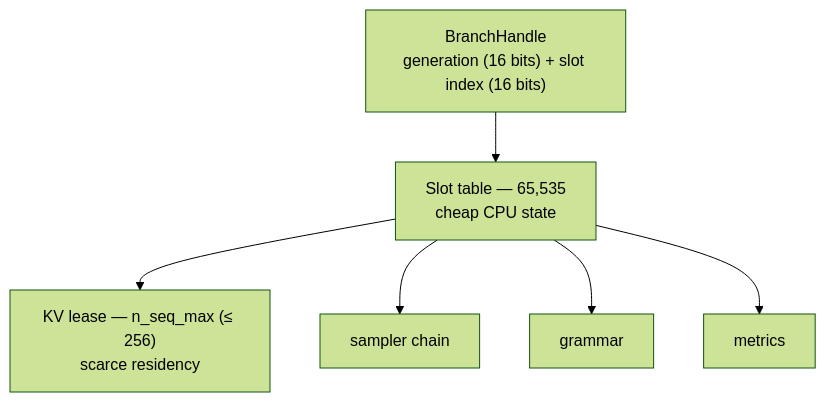
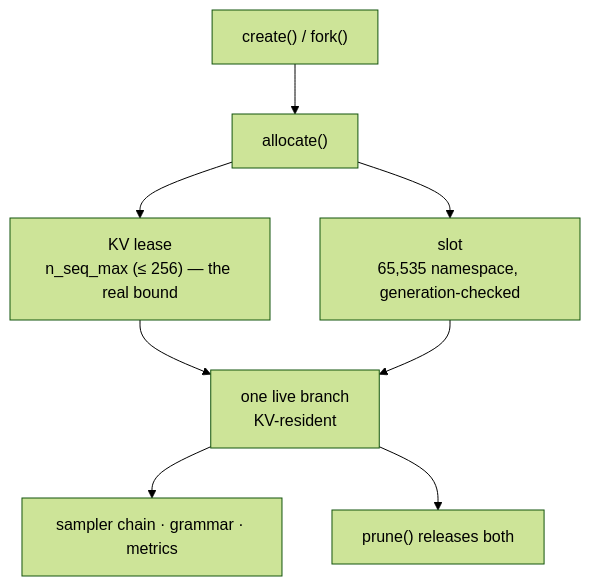
Before and after one commit to lloyal-ai/liblloyal: the second of 5 diagrams in README.md, drawn with Mermaid (forest theme). The commit also changed other lines of this file, not shown here.

First line of the commit message:
docs(readme): correct the slot/lease model, adapter relationship and two API instructions

````diff
--- a/README.md
+++ b/README.md
@@ -79,8 +66,9 @@
 ```mermaid
 flowchart TD
-    H["BranchHandle<br/>generation (16 bits) + slot index (16 bits)"] --> S["Slot table — 65,535<br/>cheap CPU state"]
-    S --> L["KV lease — n_seq_max (≤ 256)<br/>scarce residency"]
-    S --> R1["sampler chain"]
-    S --> R2["grammar"]
-    S --> R3["metrics"]
+    A["create() / fork()"] --> AL["allocate()"]
+    AL --> L["KV lease<br/>n_seq_max (≤ 256) — the real bound"]
+    AL --> S["slot<br/>65,535 namespace, generation-checked"]
+    L & S --> B["one live branch<br/>KV-resident"]
+    B --> R["sampler chain · grammar · metrics"]
+    B --> P["prune() releases both"]
 ```
````
